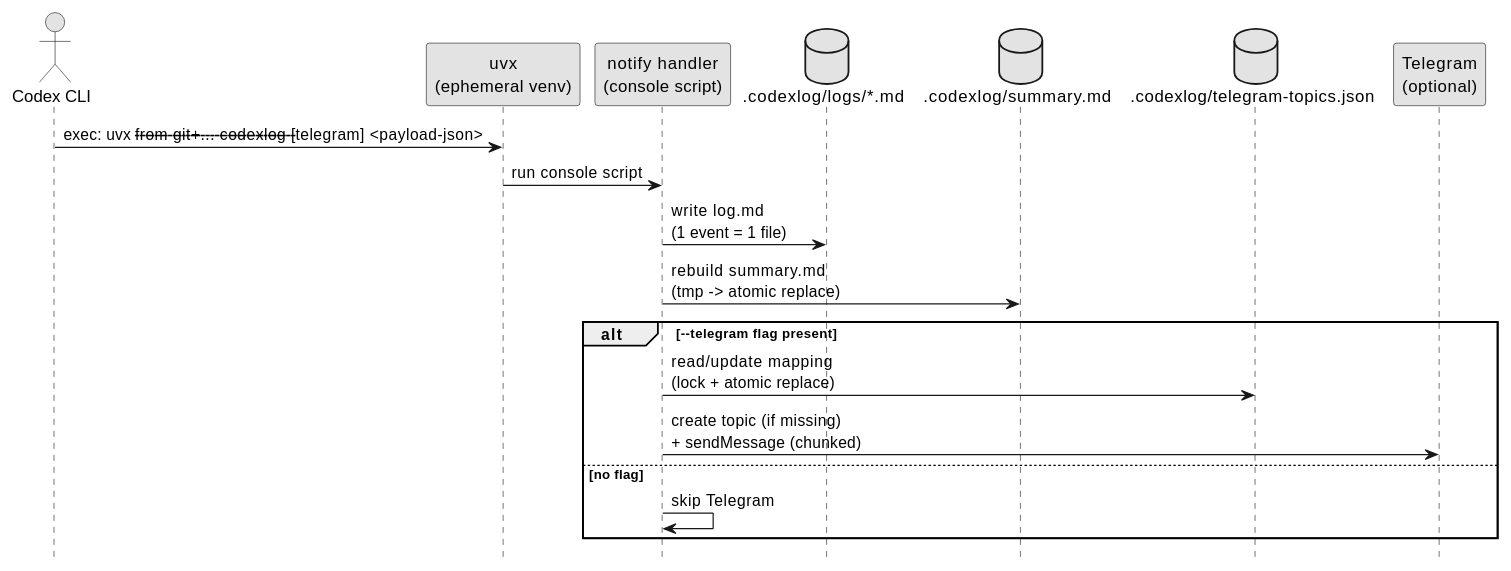
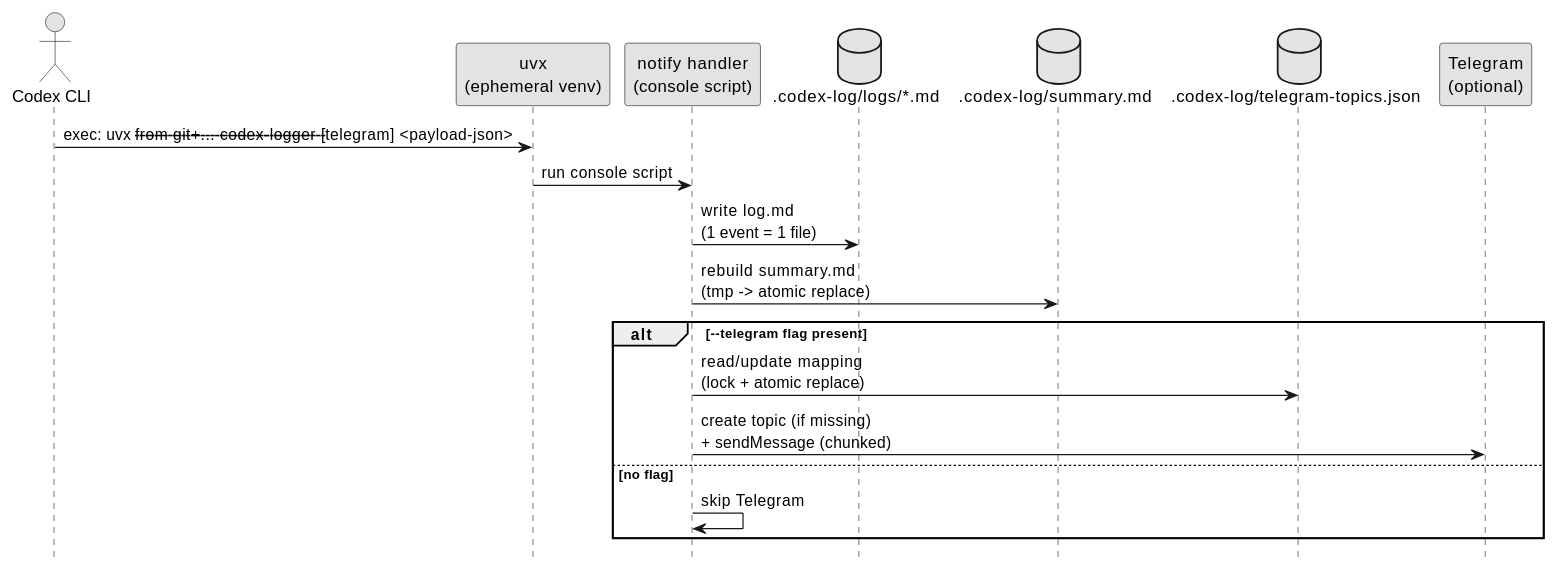
One commit to chemitaro/codex-agent-logger changed the first of 2 diagrams in spec-dock/initiatives/init-local-00001-codex-notify-json-logger/design.md. Above: the diagram before and after it, drawn with PlantUML. The commit also changed other lines of this file and 1 other file, not shown here.

Commit message:
docs(init-local-00001): JSONロガー仕様を .codex-log と CLI 名へ更新 - `.codexlog` 系の出力ディレクトリ参照を `.codex-log` に統一 - `codexlog` CLI 名を `codex-logger` に変更 - uvx 実行例にタグ・コミット・ローカルパス指定を追記

````diff
--- a/spec-dock/initiatives/init-local-00001-codex-notify-json-logger/design.md
+++ b/spec-dock/initiatives/init-local-00001-codex-notify-json-logger/design.md
@@ -38,27 +38,27 @@
 ```plantuml
 @startuml
 skinparam monochrome true
 hide footbox
 
 actor "Codex CLI" as Codex
 participant "uvx\n(ephemeral venv)" as UVX
 participant "notify handler\n(console script)" as Handler
-database ".codexlog/logs/*.md" as Logs
-database ".codexlog/summary.md" as Summary
-database ".codexlog/telegram-topics.json" as Map
+database ".codex-log/logs/*.md" as Logs
+database ".codex-log/summary.md" as Summary
+database ".codex-log/telegram-topics.json" as Map
 participant "Telegram\n(optional)" as TG
 
-Codex -> UVX: exec: uvx --from git+... codexlog [--telegram] <payload-json>
+Codex -> UVX: exec: uvx --from git+... codex-logger [--telegram] <payload-json>
 UVX -> Handler: run console script
 
 Handler -> Logs: write log.md\n(1 event = 1 file)
 Handler -> Summary: rebuild summary.md\n(tmp -> atomic replace)
 
 alt --telegram flag present
   Handler -> Map: read/update mapping\n(lock + atomic replace)
   Handler -> TG: create topic (if missing)\n+ sendMessage (chunked)
 else no flag
   Handler -> Handler: skip Telegram
 end
 @enduml
 ```
````
